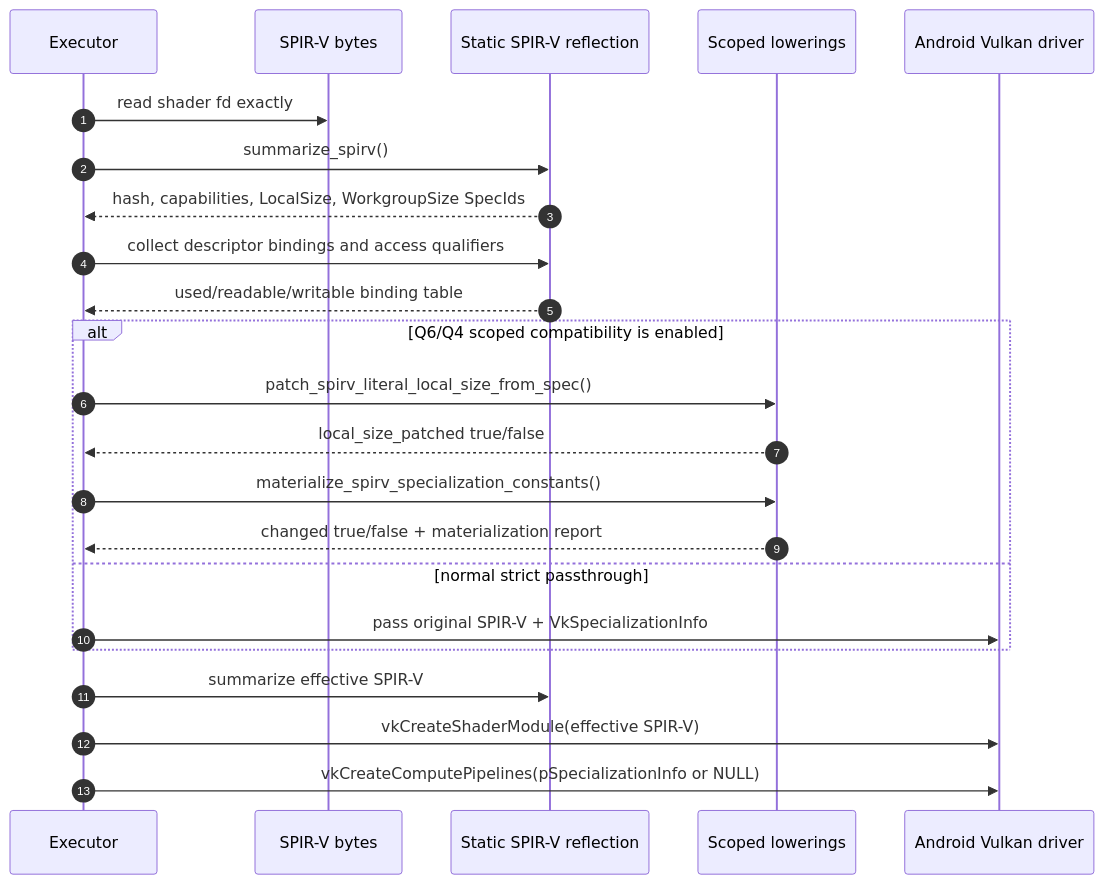
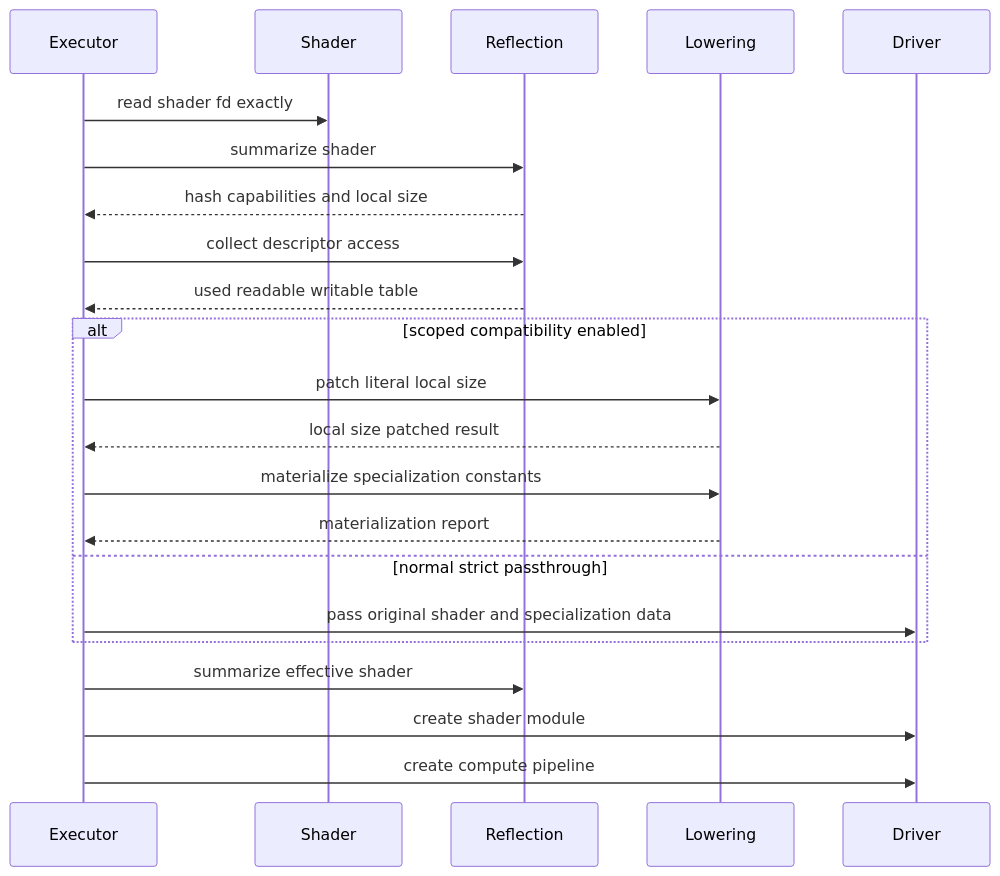
Before and after one commit to ryo100794/skydnir: the third of 6 diagrams in docs/design/VULKAN_BRIDGE_SEQUENCE.md, drawn with Mermaid. The commit also changed other lines of this file and 7 other files, not shown here.

````diff
--- a/docs/design/VULKAN_BRIDGE_SEQUENCE.md
+++ b/docs/design/VULKAN_BRIDGE_SEQUENCE.md
@@ -146,28 +145,27 @@
 ```mermaid
 sequenceDiagram
-    autonumber
-    participant Exec as Executor
-    participant SPV as SPIR-V bytes
-    participant Reflect as Static SPIR-V reflection
-    participant Lower as Scoped lowerings
-    participant Driver as Android Vulkan driver
+    participant Executor
+    participant Shader
+    participant Reflection
+    participant Lowering
+    participant Driver
 
-    Exec->>SPV: read shader fd exactly
-    Exec->>Reflect: summarize_spirv()
-    Reflect-->>Exec: hash, capabilities, LocalSize, WorkgroupSize SpecIds
-    Exec->>Reflect: collect descriptor bindings and access qualifiers
-    Reflect-->>Exec: used/readable/writable binding table
+    Executor->>Shader: read shader fd exactly
+    Executor->>Reflection: summarize shader
+    Reflection-->>Executor: hash capabilities and local size
+    Executor->>Reflection: collect descriptor access
+    Reflection-->>Executor: used readable writable table
 
-    alt Q6/Q4 scoped compatibility is enabled
-        Exec->>Lower: patch_spirv_literal_local_size_from_spec()
-        Lower-->>Exec: local_size_patched true/false
-        Exec->>Lower: materialize_spirv_specialization_constants()
-        Lower-->>Exec: changed true/false + materialization report
+    alt scoped compatibility enabled
+        Executor->>Lowering: patch literal local size
+        Lowering-->>Executor: local size patched result
+        Executor->>Lowering: materialize specialization constants
+        Lowering-->>Executor: materialization report
     else normal strict passthrough
-        Exec->>Driver: pass original SPIR-V + VkSpecializationInfo
+        Executor->>Driver: pass original shader and specialization data
     end
 
-    Exec->>Reflect: summarize effective SPIR-V
-    Exec->>Driver: vkCreateShaderModule(effective SPIR-V)
-    Exec->>Driver: vkCreateComputePipelines(pSpecializationInfo or NULL)
+    Executor->>Reflection: summarize effective shader
+    Executor->>Driver: create shader module
+    Executor->>Driver: create compute pipeline
 ```
````
